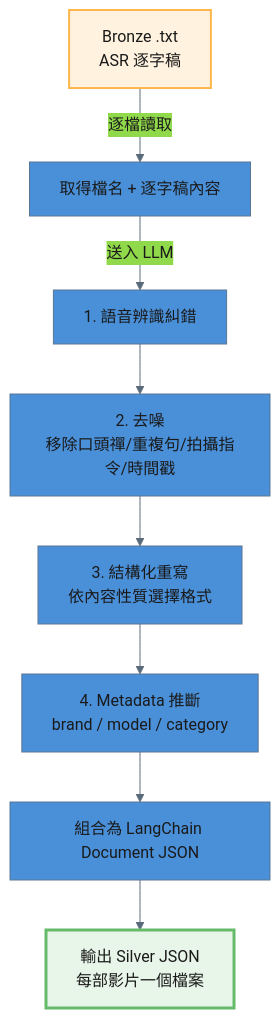
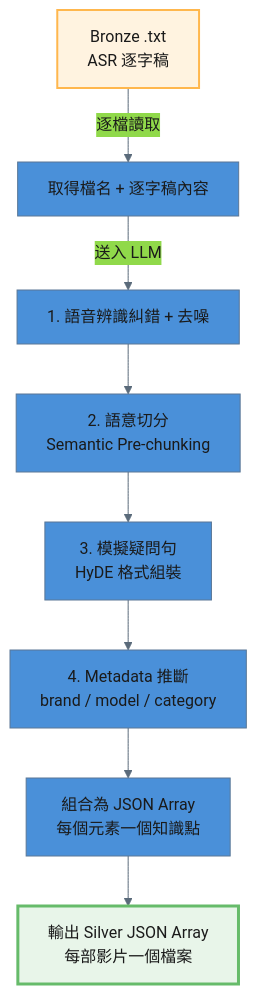
One commit to Imding1211/lock_AI_data changed the second of 3 diagrams in docs/manuals/Video處理流程.md. Above: the diagram before and after it, drawn with Mermaid. The commit also changed other lines of this file and 62 other files, not shown here.

First line of the commit message:
docs: update all manuals to reflect semantic pre-chunking, HyDE, and small-to-big retrieval architecture

````diff
--- a/docs/manuals/Video處理流程.md
+++ b/docs/manuals/Video處理流程.md
@@ -96,22 +107,22 @@
 ```mermaid
 ---
 config:
   layout: dagre
   theme: base
   themeVariables:
     primaryColor: '#4A90D9'
     primaryTextColor: '#1a1a1a'
     lineColor: '#5A6A7A'
 ---
 graph TD
     A[Bronze .txt<br/>ASR 逐字稿] -->|逐檔讀取| B[取得檔名 + 逐字稿內容]
-    B -->|送入 LLM| C[1. 語音辨識糾錯]
-    C --> D[2. 去噪<br/>移除口頭禪/重複句/拍攝指令/時間戳]
-    D --> E[3. 結構化重寫<br/>依內容性質選擇格式]
+    B -->|送入 LLM| C[1. 語音辨識糾錯 + 去噪]
+    C --> D[2. 語意切分<br/>Semantic Pre-chunking]
+    D --> E[3. 模擬疑問句<br/>HyDE 格式組裝]
     E --> F[4. Metadata 推斷<br/>brand / model / category]
-    F --> G[組合為 LangChain Document JSON]
-    G --> H[輸出 Silver JSON<br/>每部影片一個檔案]
+    F --> G[組合為 JSON Array<br/>每個元素一個知識點]
+    G --> H[輸出 Silver JSON Array<br/>每部影片一個檔案]
 
     style A fill:#FFF3E0,stroke:#FFB74D,stroke-width:2px
     style H fill:#E8F5E9,stroke:#66BB6A,stroke-width:3px
 ```
````
